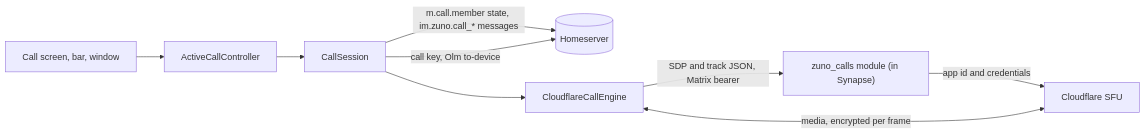
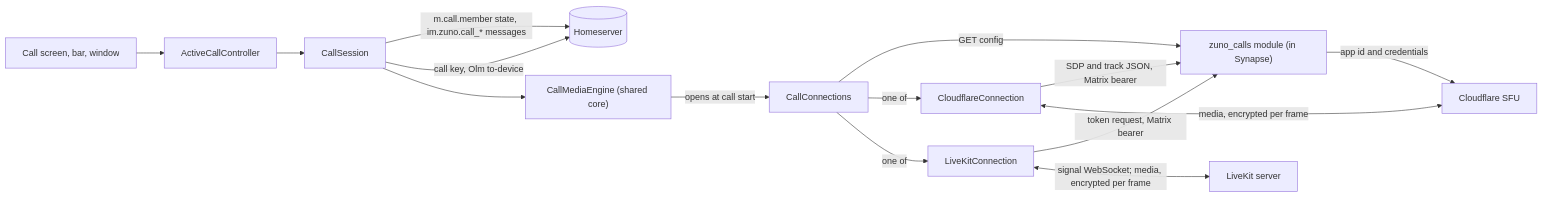
The first of 7 diagrams in docs/features/calls.md (Zuno-Chat/zuno-chat), drawn with Mermaid before and after one commit. The commit also changed other lines of this file and 118 other files, not shown here.

````diff
--- a/docs/features/calls.md
+++ b/docs/features/calls.md
@@ -15,11 +15,17 @@
 ```mermaid
 flowchart LR
   UI["Call screen, bar, window"] --> A[ActiveCallController]
   A --> S[CallSession]
   S -->|"m.call.member state, im.zuno.call_* messages"| HS[(Homeserver)]
   S -->|"call key, Olm to-device"| HS
-  S --> E[CloudflareCallEngine]
-  E -->|"SDP and track JSON, Matrix bearer"| M["zuno_calls module (in Synapse)"]
+  S --> E["CallMediaEngine (shared core)"]
+  E -->|"opens at call start"| O[CallConnections]
+  O -->|"GET config"| M["zuno_calls module (in Synapse)"]
+  O -->|"one of"| CF[CloudflareConnection]
+  O -->|"one of"| LK[LiveKitConnection]
+  CF -->|"SDP and track JSON, Matrix bearer"| M
   M -->|"app id and credentials"| SFU[Cloudflare SFU]
-  E <-->|"media, encrypted per frame"| SFU
+  CF <-->|"media, encrypted per frame"| SFU
+  LK -->|"token request, Matrix bearer"| M
+  LK <-->|"signal WebSocket; media, encrypted per frame"| LKS[LiveKit server]
 ```
````
